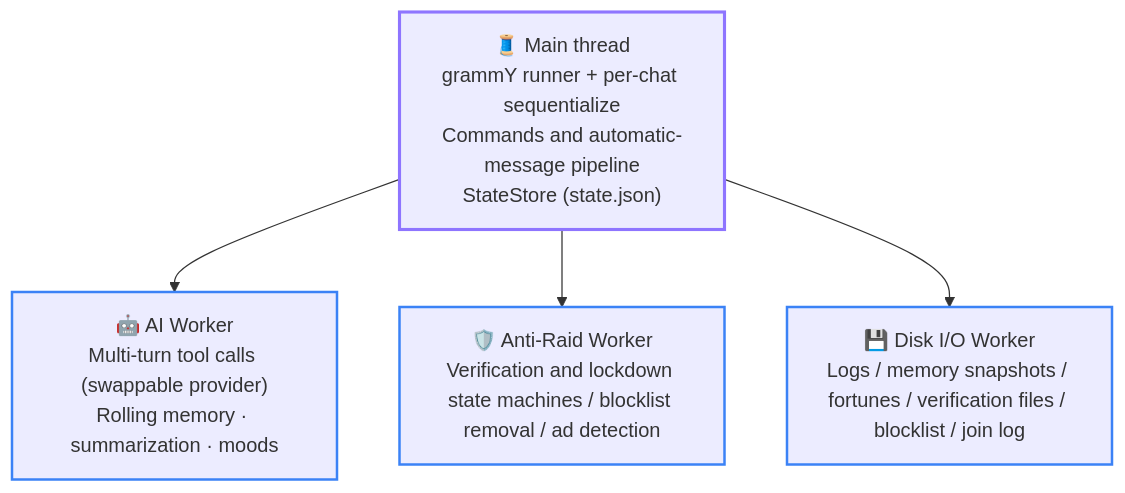
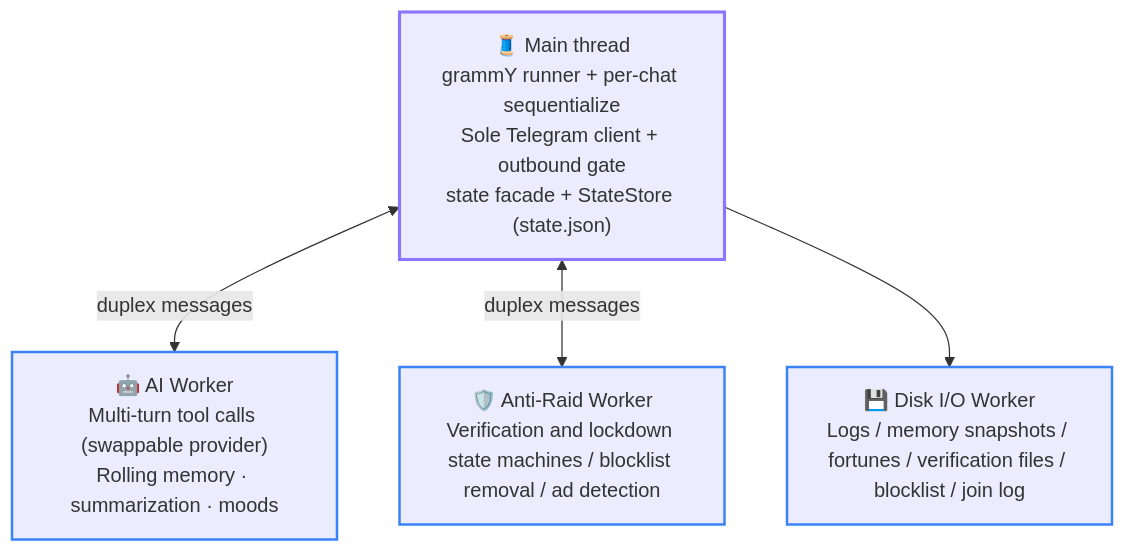
Before and after one commit to Asashishi/copy_ninjia: the first of 2 diagrams in docs/en/02-architecture.md, drawn with Mermaid. The commit also changed other lines of this file and 564 other files, not shown here.

````diff
--- a/docs/en/02-architecture.md
+++ b/docs/en/02-architecture.md
@@ -17,14 +17,14 @@
 ```mermaid
 flowchart TD
     classDef main stroke:#8e75ff,stroke-width:2.5px;
     classDef worker stroke:#3b82f6,stroke-width:2px;
 
-    MAIN["🧵 Main thread<br/>grammY runner + per-chat sequentialize<br/>Commands and automatic-message pipeline<br/>StateStore (state.json)"]:::main
+    MAIN["🧵 Main thread<br/>grammY runner + per-chat sequentialize<br/>Sole Telegram client + outbound gate<br/>state facade + StateStore (state.json)"]:::main
     AI["🤖 AI Worker<br/>Multi-turn tool calls (swappable provider)<br/>Rolling memory · summarization · moods"]:::worker
     RAID["🛡️ Anti-Raid Worker<br/>Verification and lockdown state machines / blocklist removal / ad detection"]:::worker
     DISK["💾 Disk I/O Worker<br/>Logs / memory snapshots / fortunes / verification files / blocklist / join log"]:::worker
 
-    MAIN --> AI
-    MAIN --> RAID
+    MAIN <-->|duplex messages| AI
+    MAIN <-->|duplex messages| RAID
     MAIN --> DISK
 ```
````
